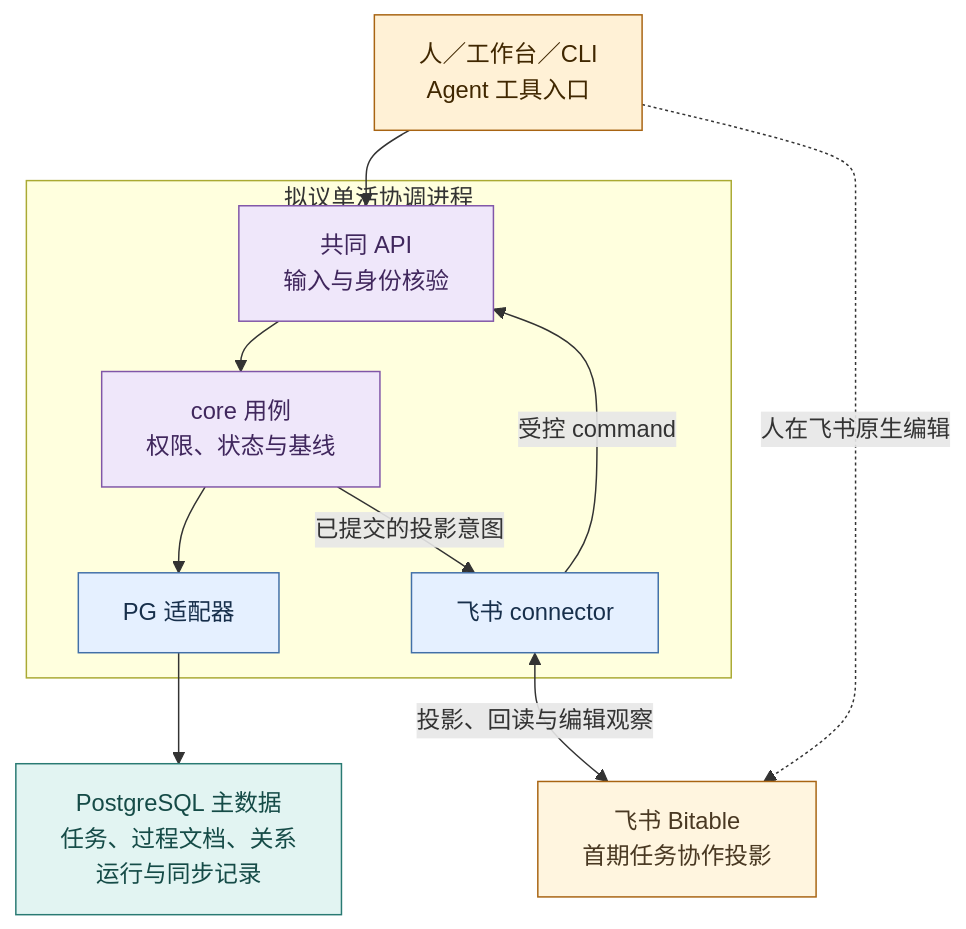
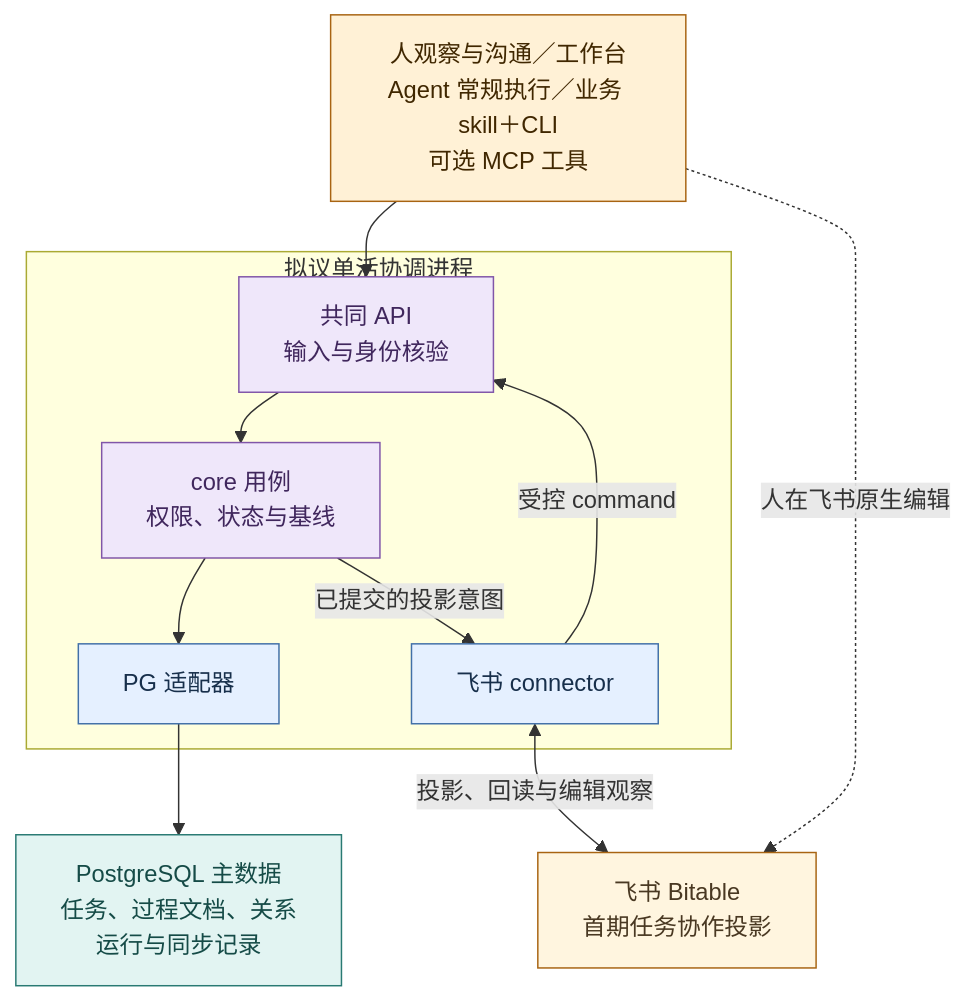
Before and after one commit to cyl19970726/evoLoop: the first of 3 diagrams in docs/architecture/packages.md, drawn with Mermaid. The commit also changed other lines of this file and 27 other files, not shown here.

Commit message:
feat: add agent business skill and recoverable CLI workflow

````diff
--- a/docs/architecture/packages.md
+++ b/docs/architecture/packages.md
@@ -30,19 +30,19 @@
 ```mermaid
 %%{init: {"flowchart":{"wrappingWidth":180,"nodeSpacing":24,"rankSpacing":34}}}%%
 flowchart TB
-  H["人／工作台／CLI<br/>Agent 工具入口"]:::entry --> A
+  H["人观察与沟通／工作台<br/>Agent 常规执行／业务 skill＋CLI<br/>可选 MCP 工具"]:::entry --> A
   subgraph coordinator["拟议单活协调进程"]
     A["共同 API<br/>输入与身份核验"]:::core --> C["core 用例<br/>权限、状态与基线"]:::core
     C --> L["PG 适配器"]:::adapter
     C -->|已提交的投影意图| F["飞书 connector"]:::adapter
     F -->|受控 command| A
   end
   L --> DB["PostgreSQL 主数据<br/>任务、过程文档、关系<br/>运行与同步记录"]:::authority
   F <-->|投影、回读与编辑观察| FS["飞书 Bitable<br/>首期任务协作投影"]:::projection
   H -.->|人在飞书原生编辑| FS
   classDef entry fill:#FFF1D6,stroke:#A86412,color:#402700
   classDef core fill:#EFE7FA,stroke:#8056A8,color:#40275D
   classDef adapter fill:#E5F0FF,stroke:#4270A8,color:#172F4B
   classDef authority fill:#E2F4F2,stroke:#297A73,color:#154B47
   classDef projection fill:#FFF5DF,stroke:#A86412,color:#493822
 ```
````
